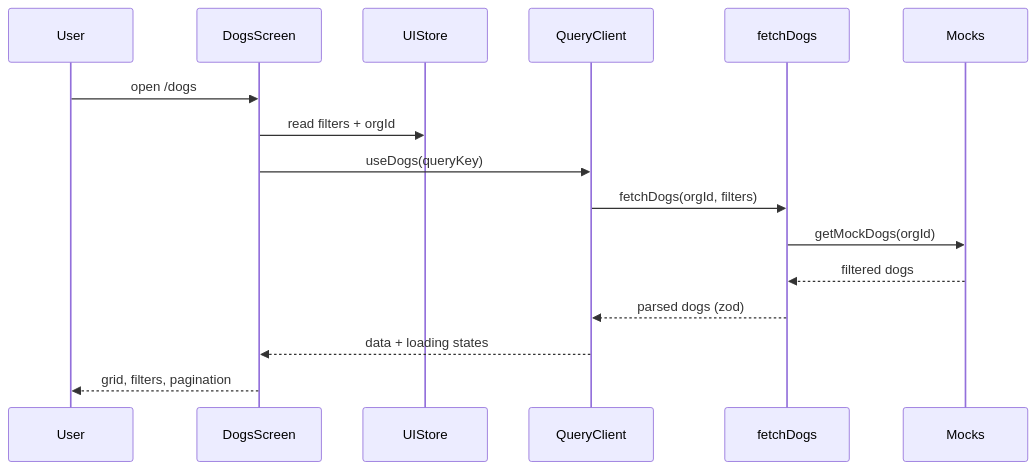
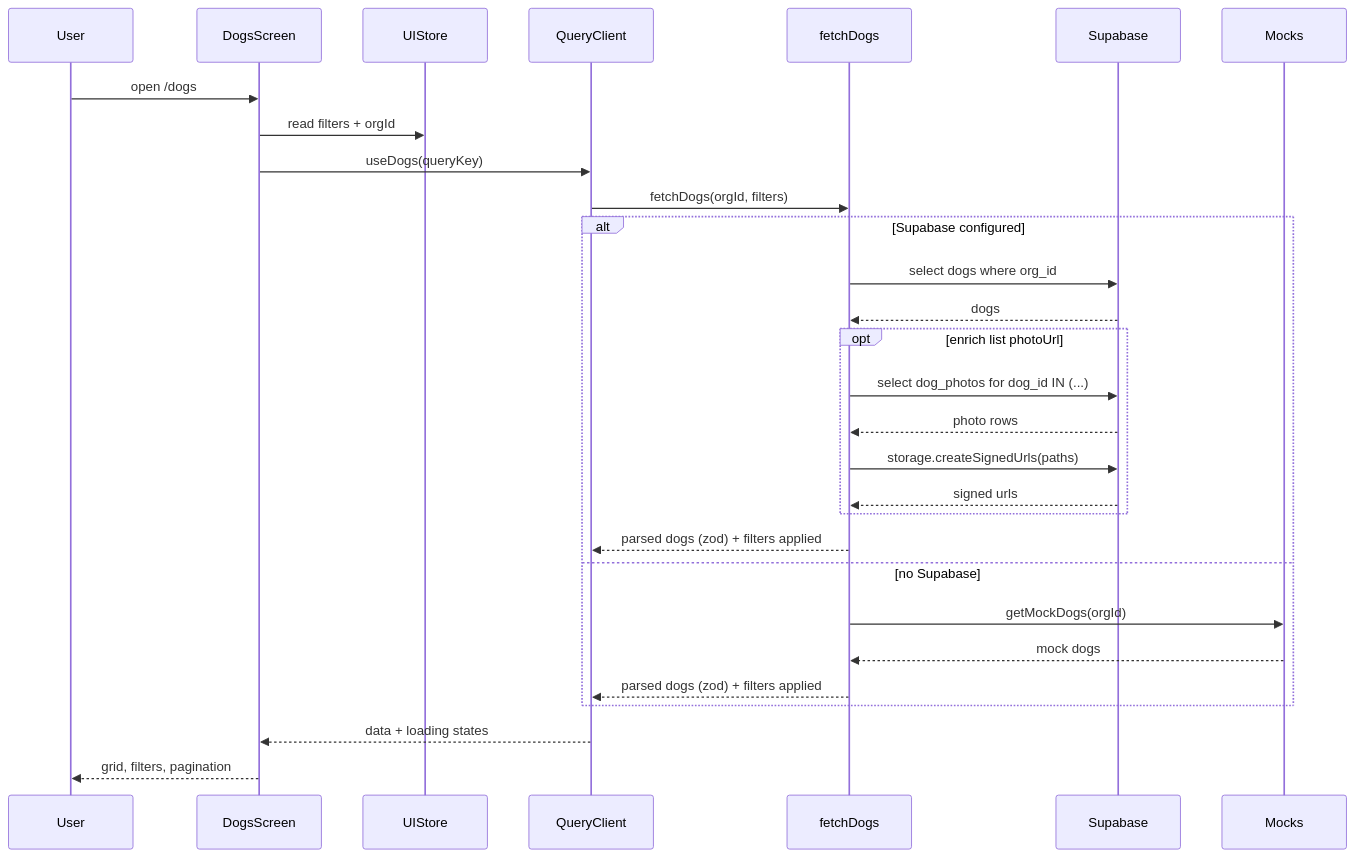
Before and after one commit to KRUKMAN/fafiq-app: the diagram in docs/diagrams/sequences/02_dog_list_fetch.mmd, drawn with Mermaid. The commit also changed 15 other files, not shown here.

```diff
--- a/docs/diagrams/sequences/02_dog_list_fetch.mmd
+++ b/docs/diagrams/sequences/02_dog_list_fetch.mmd
@@ -1,16 +1,29 @@
 sequenceDiagram
   participant User
   participant Dogs as DogsScreen
   participant UI as UIStore
   participant Query as QueryClient
   participant Data as fetchDogs
+  participant Supabase
   participant Mocks
   User->>Dogs: open /dogs
   Dogs->>UI: read filters + orgId
   Dogs->>Query: useDogs(queryKey)
   Query->>Data: fetchDogs(orgId, filters)
-  Data->>Mocks: getMockDogs(orgId)
-  Mocks-->>Data: filtered dogs
-  Data-->>Query: parsed dogs (zod)
+  alt Supabase configured
+    Data->>Supabase: select dogs where org_id
+    Supabase-->>Data: dogs
+    opt enrich list photoUrl
+      Data->>Supabase: select dog_photos for dog_id IN (...)
+      Supabase-->>Data: photo rows
+      Data->>Supabase: storage.createSignedUrls(paths)
+      Supabase-->>Data: signed urls
+    end
+    Data-->>Query: parsed dogs (zod) + filters applied
+  else no Supabase
+    Data->>Mocks: getMockDogs(orgId)
+    Mocks-->>Data: mock dogs
+    Data-->>Query: parsed dogs (zod) + filters applied
+  end
   Query-->>Dogs: data + loading states
   Dogs-->>User: grid, filters, pagination
```
